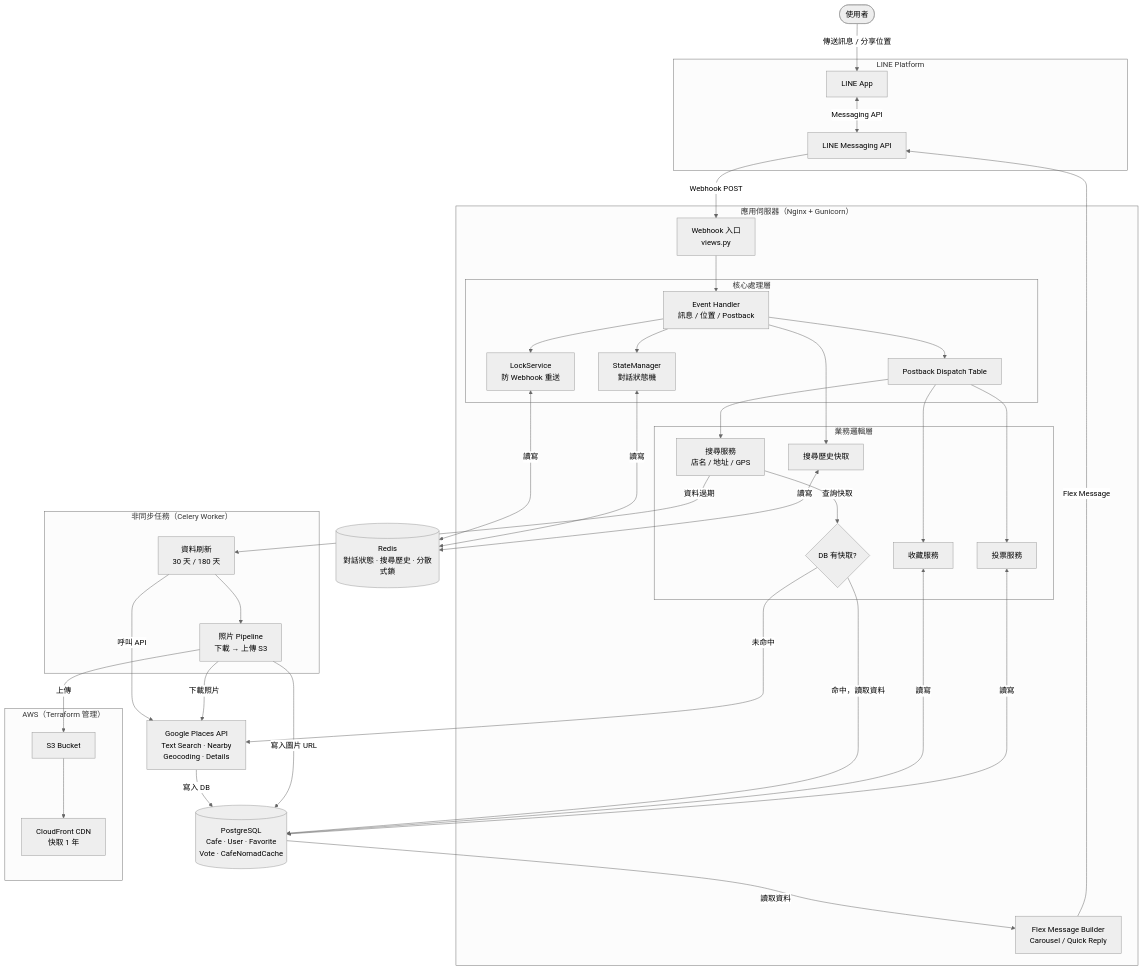
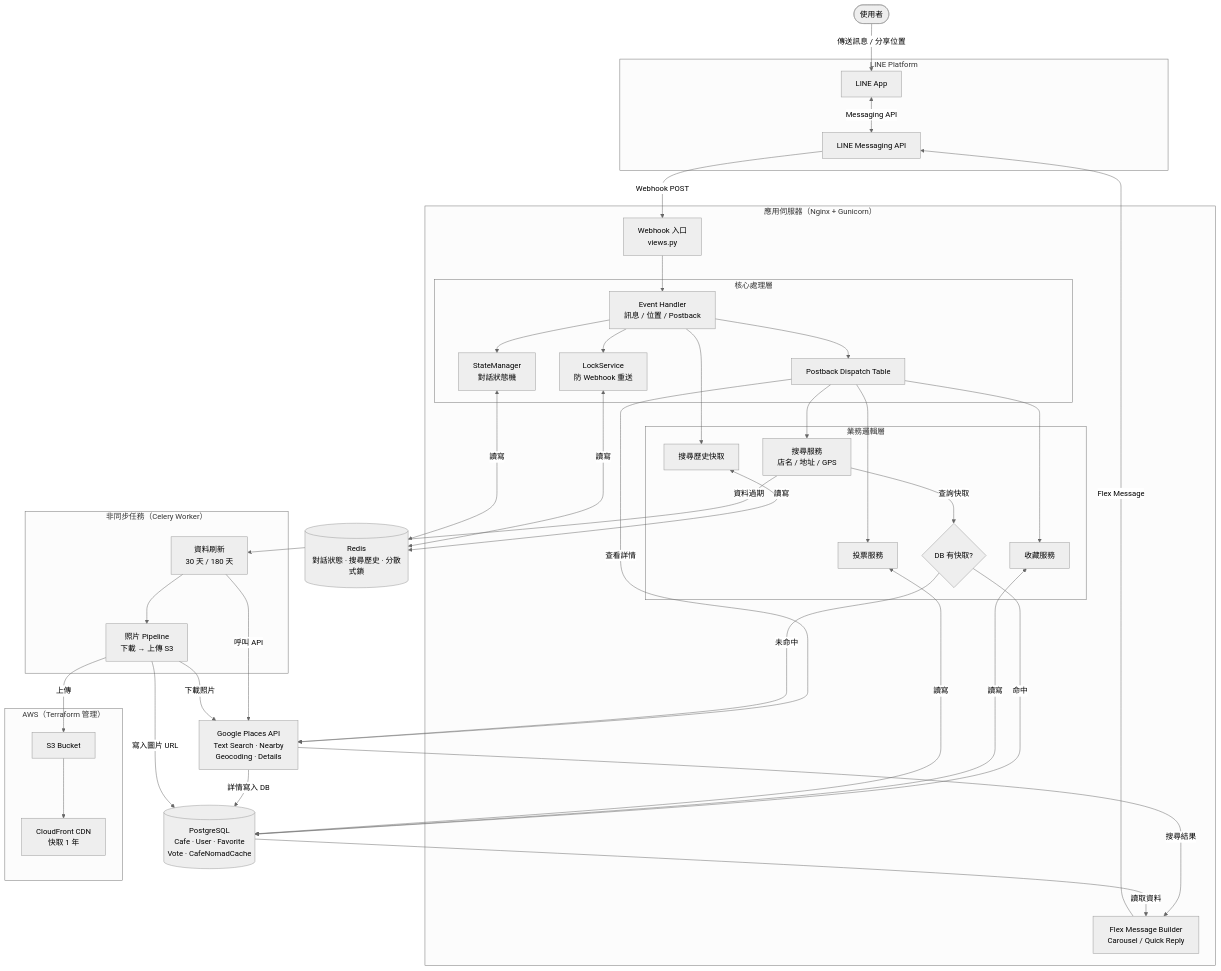
The diagram in README.md (KK-Huang86/Find-Coffee), drawn with Mermaid (neutral theme) before and after one commit.

Commit message:
doc:update README pic

````diff
--- a/README.md
+++ b/README.md
@@ -53,68 +53,70 @@
 ```mermaid
 graph TB
     User([使用者])
 
     subgraph LINE["LINE Platform"]
         LINEAPP[LINE App]
         LINEAPI[LINE Messaging API]
     end
 
     subgraph AppServer["應用伺服器（Nginx + Gunicorn）"]
         Webhook["Webhook 入口\nviews.py"]
 
         subgraph Core["核心處理層"]
             Lock["LockService\n防 Webhook 重送"]
             EventHandler["Event Handler\n訊息 / 位置 / Postback"]
             State["StateManager\n對話狀態機"]
             Dispatch["Postback Dispatch Table"]
         end
 
         subgraph Services["業務邏輯層"]
             SearchSvc["搜尋服務\n店名 / 地址 / GPS"]
             FavSvc["收藏服務"]
             VoteSvc["投票服務"]
             SearchCache["搜尋歷史快取"]
             DBCheck{DB 有快取?}
         end
 
         FlexBuilder["Flex Message Builder\nCarousel / Quick Reply"]
     end
 
     Redis[("Redis\n對話狀態 · 搜尋歷史 · 分散式鎖")]
 
     PG[("PostgreSQL\nCafe · User · Favorite\nVote · CafeNomadCache")]
 
     subgraph Celery["非同步任務（Celery Worker）"]
         PhotoTask["照片 Pipeline\n下載 → 上傳 S3"]
         RefreshTask["資料刷新\n30 天 / 180 天"]
     end
 
     GoogleAPI["Google Places API\nText Search · Nearby\nGeocoding · Details"]
 
     subgraph AWS["AWS（Terraform 管理）"]
         S3["S3 Bucket"]
         CF["CloudFront CDN\n快取 1 年"]
     end
 
     User -->|傳送訊息 / 分享位置| LINEAPP
     LINEAPP <-->|Messaging API| LINEAPI
     LINEAPI -->|Webhook POST| Webhook
     Webhook --> EventHandler
     EventHandler --> Lock & State & Dispatch & SearchCache
     Lock & State & SearchCache <-->|讀寫| Redis
     Dispatch --> SearchSvc & FavSvc & VoteSvc
+    Dispatch -->|查看詳情| GoogleAPI
     SearchSvc -->|查詢快取| DBCheck
-    DBCheck -->|命中，讀取資料| PG
+    DBCheck -->|命中| PG
     DBCheck -->|未命中| GoogleAPI
-    GoogleAPI -->|寫入 DB| PG
+    GoogleAPI -->|搜尋結果| FlexBuilder
+    GoogleAPI -->|詳情寫入 DB| PG
     PG -->|讀取資料| FlexBuilder
     FavSvc & VoteSvc <-->|讀寫| PG
     SearchSvc -->|資料過期| RefreshTask
     RefreshTask -->|呼叫 API| GoogleAPI
     RefreshTask --> PhotoTask
     PhotoTask -->|下載照片| GoogleAPI
     PhotoTask -->|上傳| S3
     S3 --> CF
     PhotoTask -->|寫入圖片 URL| PG
     FlexBuilder -->|Flex Message| LINEAPI
 ```
````
